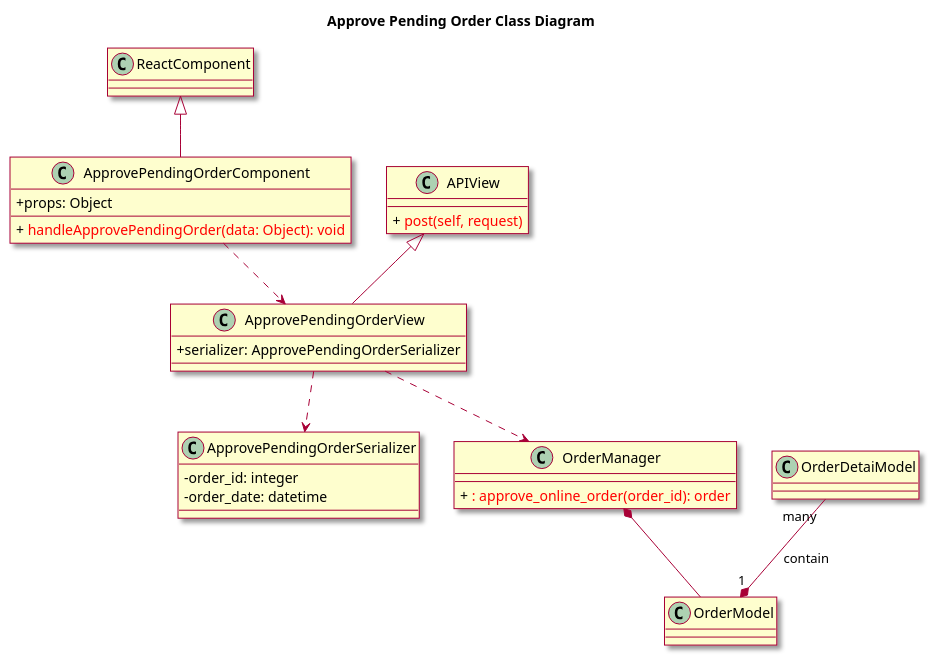
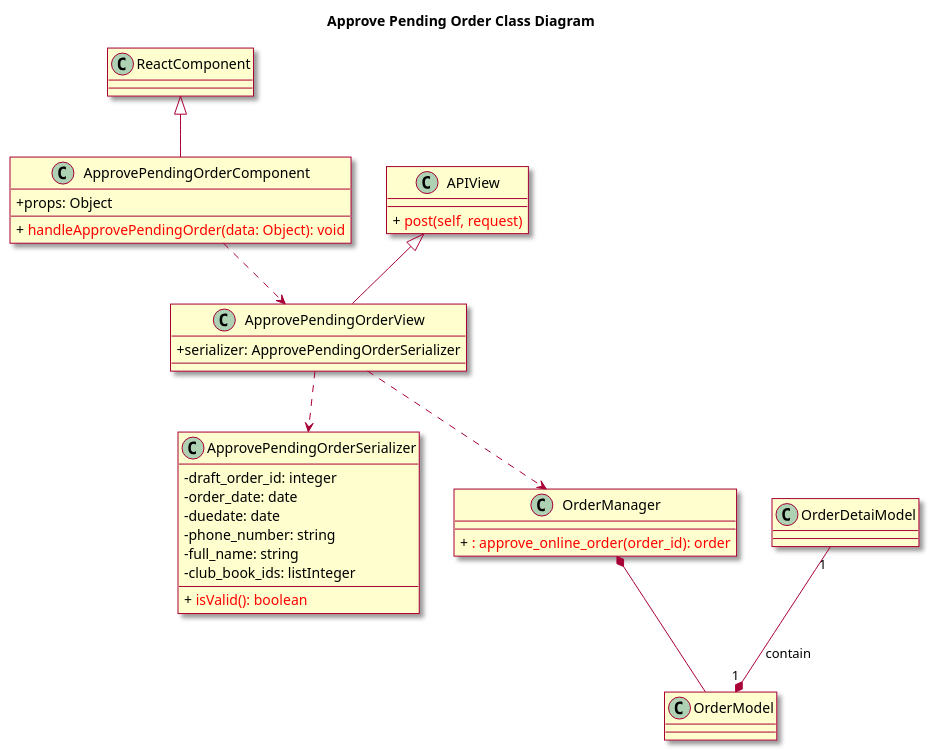
One commit to ljttl3q04t/Book-Over-There changed the diagram in uml/034-class-approve-pending-order.wsd. Above: the diagram before and after it, drawn with PlantUML. The commit also changed 7 other files, not shown here.

```diff
--- a/uml/034-class-approve-pending-order.wsd
+++ b/uml/034-class-approve-pending-order.wsd
@@ -1,42 +1,47 @@
 @startuml
 skin rose
 skinparam classAttributeIconSize 0
 
 title Approve Pending Order Class Diagram
 class ReactComponent
 
 class ApprovePendingOrderComponent {
 	+ props: Object
 	+ {method} <color:red> handleApprovePendingOrder(data: Object): void
 }
 
 class ApprovePendingOrderView {
 	+ serializer: ApprovePendingOrderSerializer
 }
 
 class APIView {
 	+ {method} <color:red> post(self, request)
 }
 
 class ApprovePendingOrderSerializer {
-    - order_id: integer
-	- order_date: datetime
+    - draft_order_id: integer
+	- order_date: date
+	- duedate: date
+	- phone_number: string
+	- full_name: string
+	- club_book_ids: listInteger
+	+ {method} <color:red> isValid(): boolean
 }
 
 
 
 class OrderManager {
 	+ {method} <color:red> : approve_online_order(order_id): order
 }
 
 class OrderModel 
 class OrderDetaiModel
 
 ReactComponent <|-- ApprovePendingOrderComponent
 APIView <|-- ApprovePendingOrderView
 ApprovePendingOrderComponent ..> ApprovePendingOrderView
 ApprovePendingOrderView ..> ApprovePendingOrderSerializer
 ApprovePendingOrderView ..> OrderManager
 OrderManager *-- OrderModel
-OrderDetaiModel "many" --* "1"OrderModel :contain
+OrderDetaiModel "1" --* "1" OrderModel :contain
 @enduml
```
